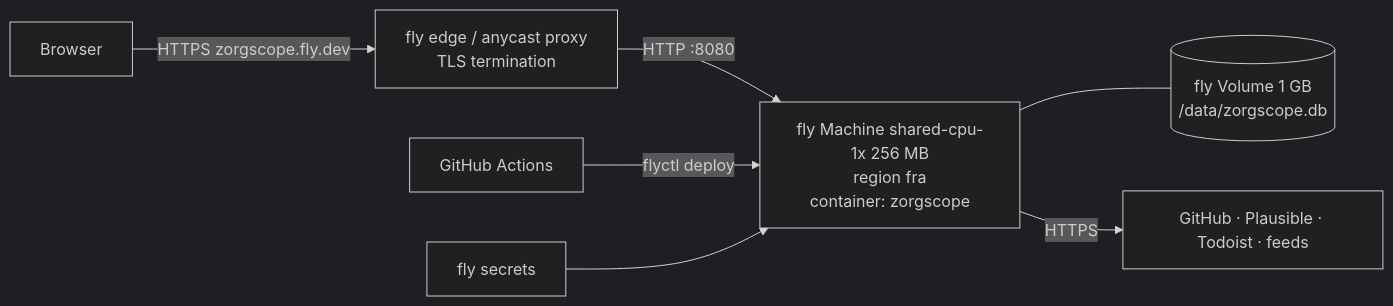
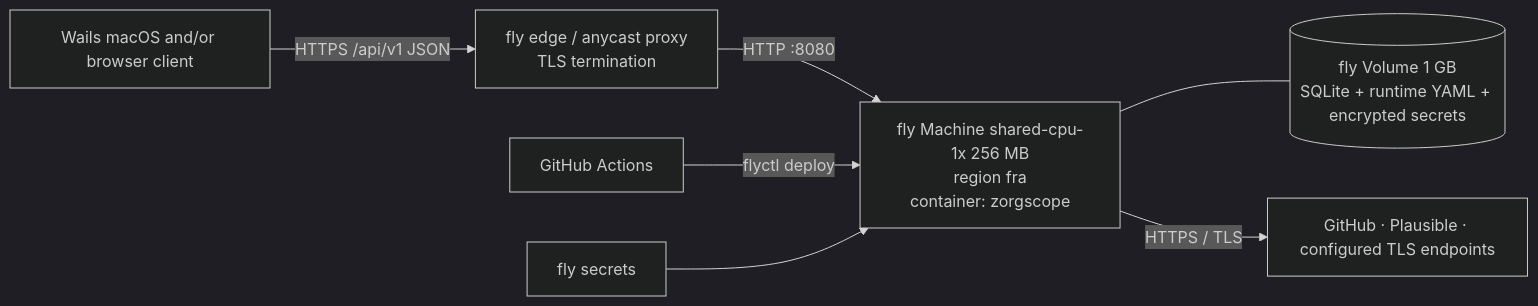
Before and after one commit to gernotstarke/zorgscope: the diagram in docs/architecture/07-deployment-view.md, drawn with Mermaid (dark theme). The commit also changed other lines of this file and 79 other files, not shown here.

````diff
--- a/docs/architecture/07-deployment-view.md
+++ b/docs/architecture/07-deployment-view.md
@@ -5,9 +5,9 @@
 ```mermaid
 flowchart LR
-    B[Browser] -->|HTTPS zorgscope.fly.dev| E[fly edge / anycast proxy<br/>TLS termination]
+    C[Wails macOS and/or browser client] -->|HTTPS /api/v1 JSON| E[fly edge / anycast proxy<br/>TLS termination]
     E -->|HTTP :8080| M[fly Machine shared-cpu-1x 256 MB<br/>region fra<br/>container: zorgscope]
-    M --- V[(fly Volume 1 GB<br/>/data/zorgscope.db)]
-    M -->|HTTPS| X[GitHub · Plausible · Todoist · feeds]
+    M --- V[(fly Volume 1 GB<br/>SQLite + runtime YAML + encrypted secrets)]
+    M -->|HTTPS / TLS| X[GitHub · Plausible · configured TLS endpoints]
     GA[GitHub Actions] -->|flyctl deploy| M
     SEC[fly secrets] --> M
 ```
````
